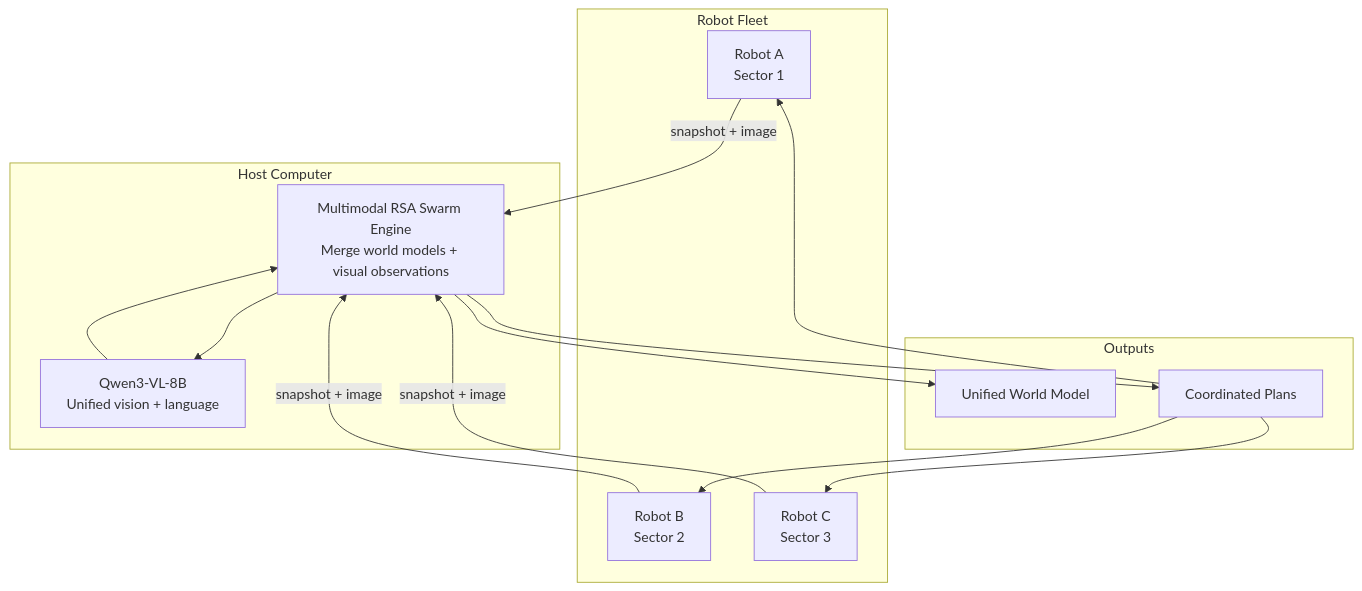
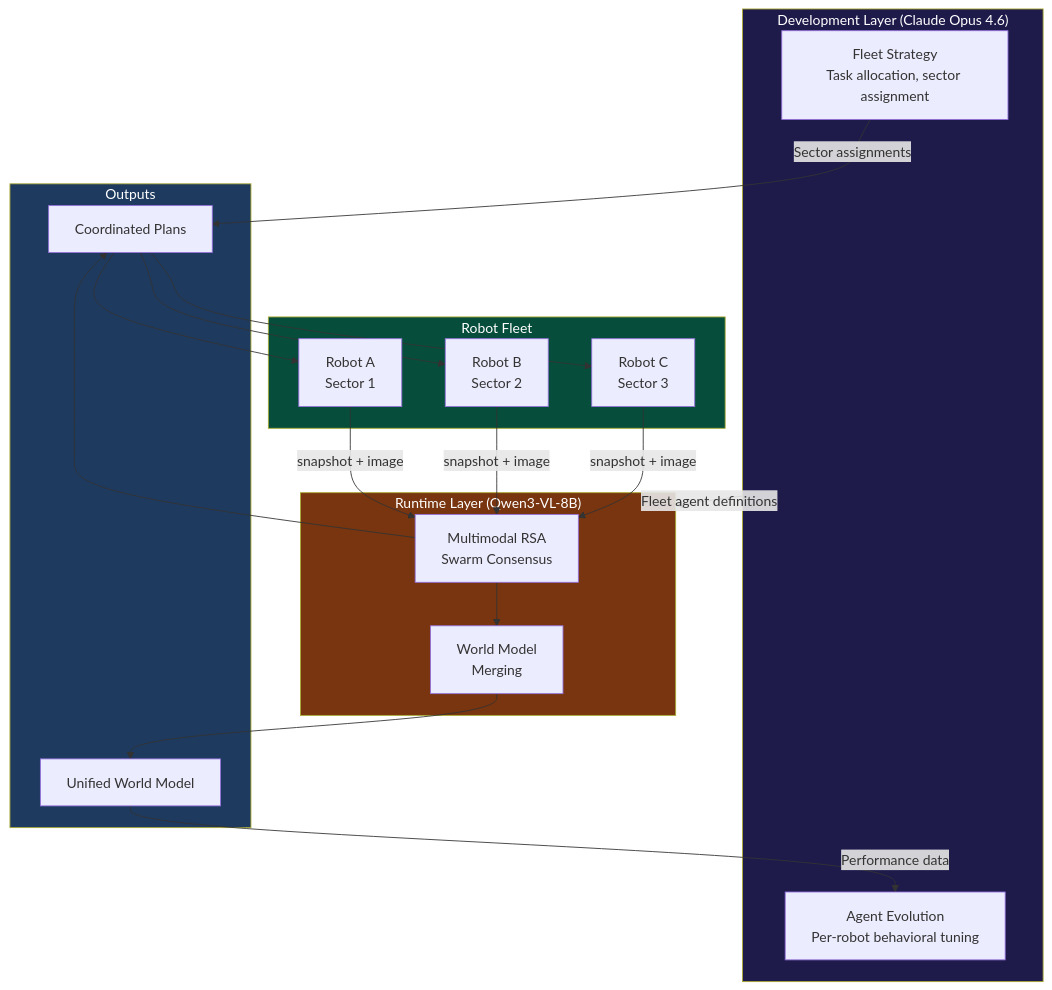
Before and after one commit to EvolvingAgentsLabs/llmos: the fourth of 7 diagrams in ROADMAP.md, drawn with Mermaid. The commit also changed other lines of this file and 3 other files, not shown here.

First line of the commit message:
Rewrite README and ROADMAP for dual-LLM OS architecture

````diff
--- a/ROADMAP.md
+++ b/ROADMAP.md
@@ -137,30 +228,41 @@
 ```mermaid
 graph TB
-    subgraph "Robot Fleet"
-        R1[Robot A<br/>Sector 1]
-        R2[Robot B<br/>Sector 2]
-        R3[Robot C<br/>Sector 3]
+    subgraph DEV["Development Layer (Claude Opus 4.6)"]
+        FLEET_STRATEGY["Fleet Strategy<br/>Task allocation, sector assignment"]
+        AGENT_EVOLUTION["Agent Evolution<br/>Per-robot behavioral tuning"]
     end
 
-    subgraph "Host Computer"
-        RSA[Multimodal RSA Swarm Engine<br/>Merge world models + visual observations]
-        Q[Qwen3-VL-8B<br/>Unified vision + language]
+    subgraph RUNTIME["Runtime Layer (Qwen3-VL-8B)"]
+        RSA_SWARM["Multimodal RSA<br/>Swarm Consensus"]
+        MERGE["World Model<br/>Merging"]
     end
 
-    subgraph "Outputs"
-        UWM[Unified World Model]
-        PLAN[Coordinated Plans]
+    subgraph FLEET["Robot Fleet"]
+        R1["Robot A<br/>Sector 1"]
+        R2["Robot B<br/>Sector 2"]
+        R3["Robot C<br/>Sector 3"]
     end
 
-    R1 --> |snapshot + image| RSA
-    R2 --> |snapshot + image| RSA
-    R3 --> |snapshot + image| RSA
-    RSA --> Q
-    Q --> RSA
+    subgraph OUTPUT["Outputs"]
+        UWM["Unified World Model"]
+        PLANS["Coordinated Plans"]
+    end
 
-    RSA --> UWM
-    RSA --> PLAN
-    PLAN --> R1
-    PLAN --> R2
-    PLAN --> R3
+    DEV -->|"Fleet agent definitions"| RUNTIME
+    R1 -->|"snapshot + image"| RSA_SWARM
+    R2 -->|"snapshot + image"| RSA_SWARM
+    R3 -->|"snapshot + image"| RSA_SWARM
+    RSA_SWARM --> MERGE
+    MERGE --> UWM
+    RSA_SWARM --> PLANS
+    PLANS --> R1
+    PLANS --> R2
+    PLANS --> R3
+    UWM -->|"Performance data"| AGENT_EVOLUTION
+    FLEET_STRATEGY -->|"Sector assignments"| PLANS
+
+    style DEV fill:#1e1b4b,color:#fff
+    style RUNTIME fill:#78350f,color:#fff
+    style FLEET fill:#064e3b,color:#fff
+    style OUTPUT fill:#1e3a5f,color:#fff
 ```
````
